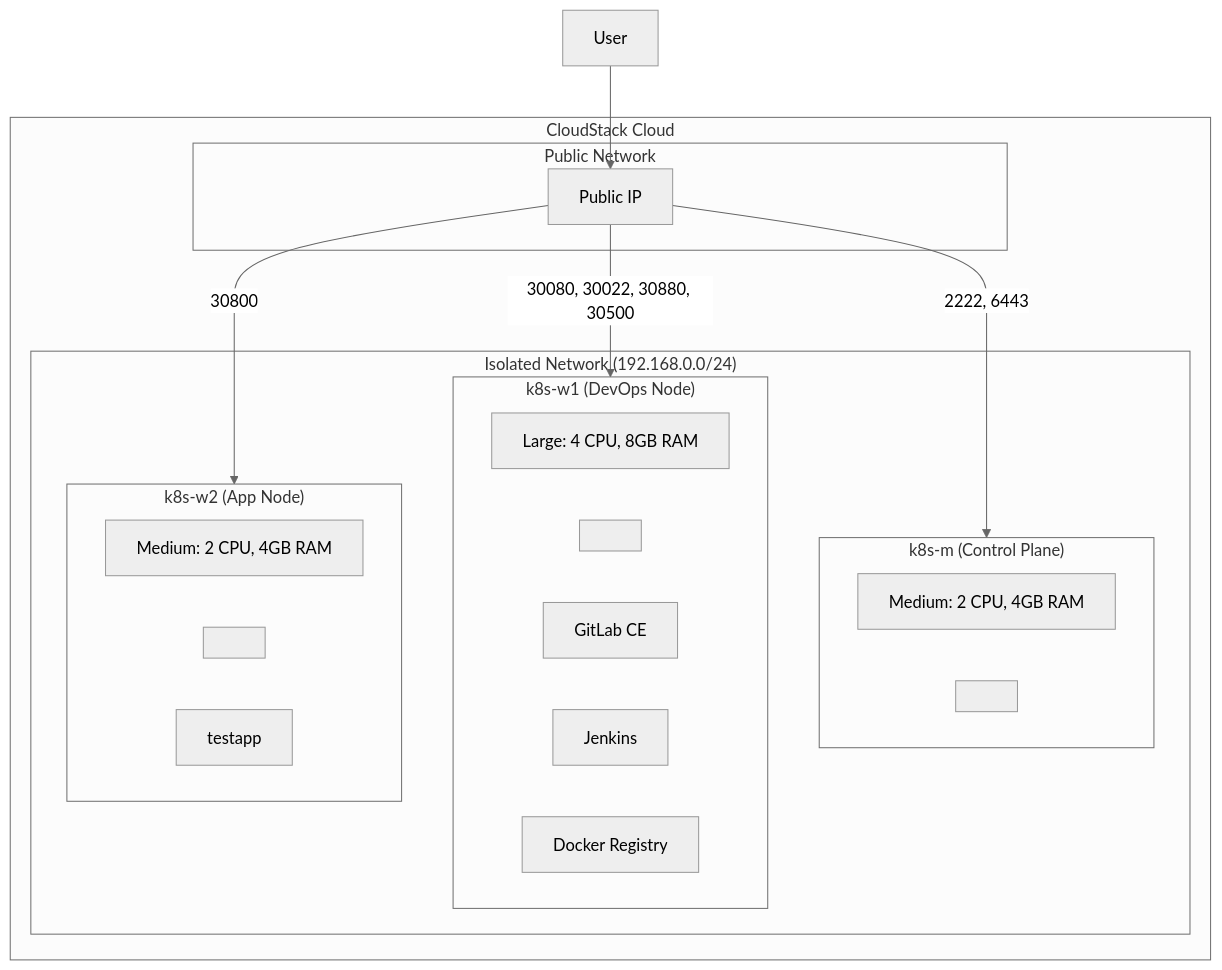
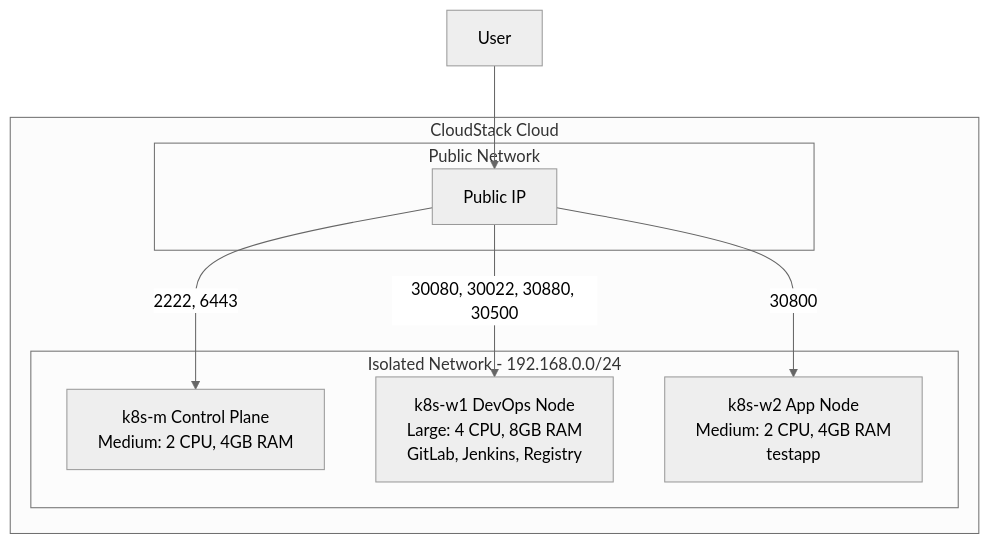
One commit to DvwN-Lee/k8s-cicd-automation changed the first of 2 diagrams in README.md. Above: the diagram before and after it, drawn with Mermaid (neutral theme). The commit also changed other lines of this file, not shown here.

````diff
--- a/README.md
+++ b/README.md
@@ -78,34 +172,20 @@
 ```mermaid
 graph TB
+    User["User"] --> PIP
+
     subgraph CloudStack["CloudStack Cloud"]
         subgraph PublicNetwork["Public Network"]
-            PIP["Public IP<br/><YOUR_PUBLIC_IP>"]
+            PIP["Public IP"]
         end
 
-        subgraph IsolatedNetwork["Isolated Network (192.168.0.0/24)"]
-            subgraph Master["k8s-m (Control Plane)"]
-                M_SPEC["Medium: 2 CPU, 4GB RAM"]
-                M_IP["<MASTER_IP>"]
-            end
-
-            subgraph Worker1["k8s-w1 (DevOps Node)"]
-                W1_SPEC["Large: 4 CPU, 8GB RAM"]
-                W1_IP["<WORKER1_IP>"]
-                GitLab["GitLab CE"]
-                Jenkins["Jenkins"]
-                Registry["Docker Registry"]
-            end
-
-            subgraph Worker2["k8s-w2 (App Node)"]
-                W2_SPEC["Medium: 2 CPU, 4GB RAM"]
-                W2_IP["<WORKER2_IP>"]
-                TestApp["testapp"]
-            end
+        subgraph IsolatedNetwork["Isolated Network - 192.168.0.0/24"]
+            Master["k8s-m Control Plane<br/>Medium: 2 CPU, 4GB RAM"]
+            Worker1["k8s-w1 DevOps Node<br/>Large: 4 CPU, 8GB RAM<br/>GitLab, Jenkins, Registry"]
+            Worker2["k8s-w2 App Node<br/>Medium: 2 CPU, 4GB RAM<br/>testapp"]
         end
     end
 
-    User["User"] --> PIP
     PIP -->|"2222, 6443"| Master
     PIP -->|"30080, 30022, 30880, 30500"| Worker1
     PIP -->|"30800"| Worker2
 ```
````
